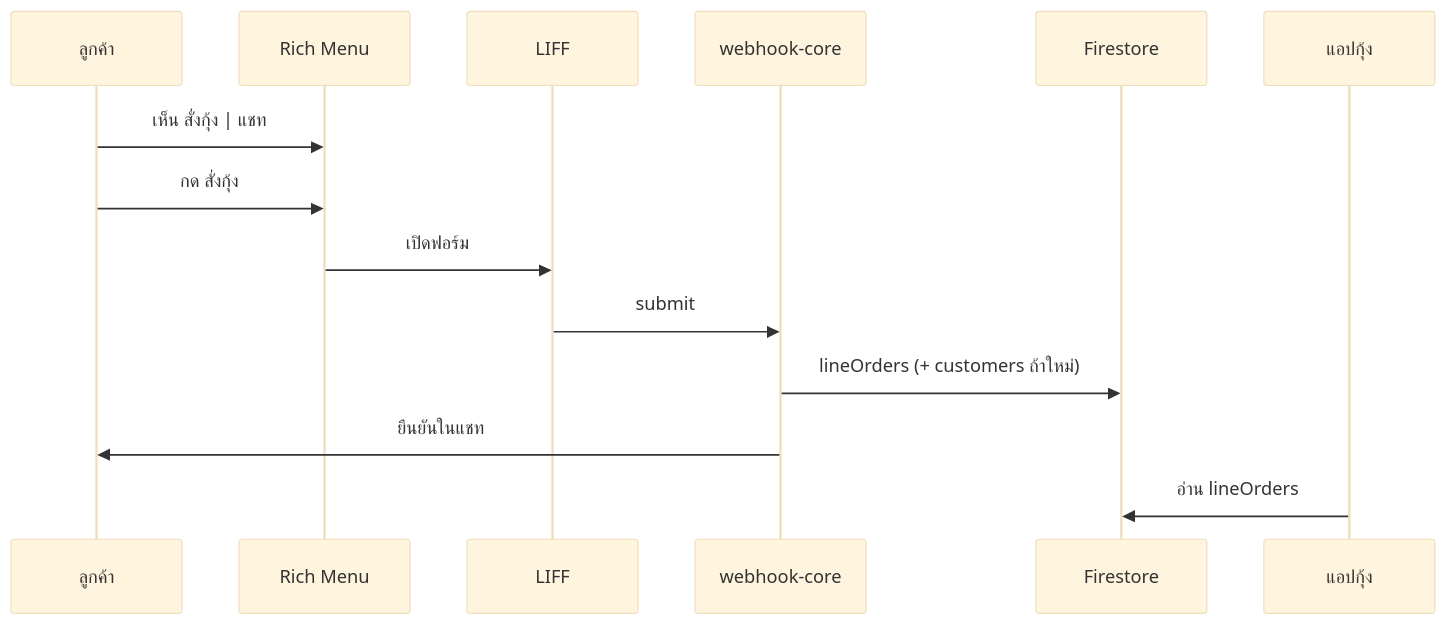
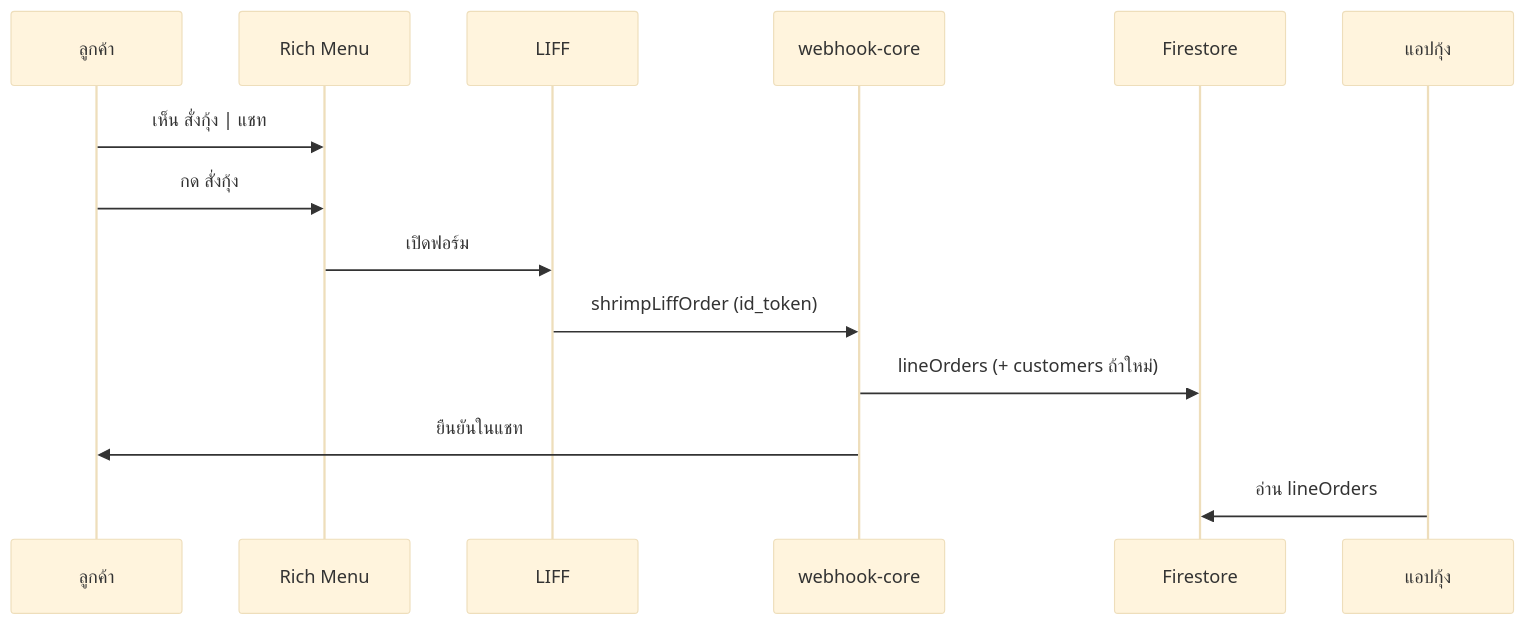
The second of 2 diagrams in docs/LINE_OA_ORDER_SCOPE_TH.md (peachtukta1014/chinchaflow), drawn with Mermaid (base theme) before and after one commit. The commit also changed other lines of this file and 24 other files, not shown here.

First line of the commit message:
feat(shrimp): LIFF order form submits to lineOrders via Cloud Function

````diff
--- a/docs/LINE_OA_ORDER_SCOPE_TH.md
+++ b/docs/LINE_OA_ORDER_SCOPE_TH.md
@@ -160,17 +161,17 @@
 ```mermaid
 sequenceDiagram
   participant C as ลูกค้า
   participant RM as Rich Menu
   participant LIFF as LIFF
   participant Fn as webhook-core
   participant FS as Firestore
   participant App as แอปกุ้ง
 
   C->>RM: เห็น สั่งกุ้ง | แชท
   C->>RM: กด สั่งกุ้ง
   RM->>LIFF: เปิดฟอร์ม
-  LIFF->>Fn: submit
+  LIFF->>Fn: shrimpLiffOrder (id_token)
   Fn->>FS: lineOrders (+ customers ถ้าใหม่)
   Fn->>C: ยืนยันในแชท
   App->>FS: อ่าน lineOrders
 ```
````
